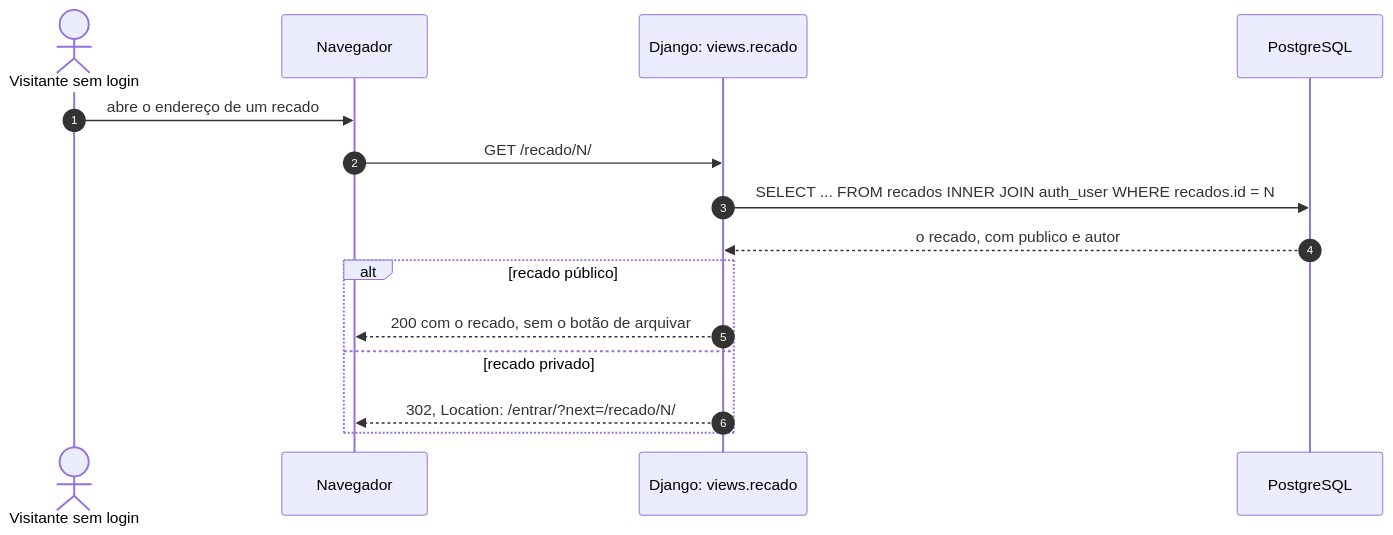
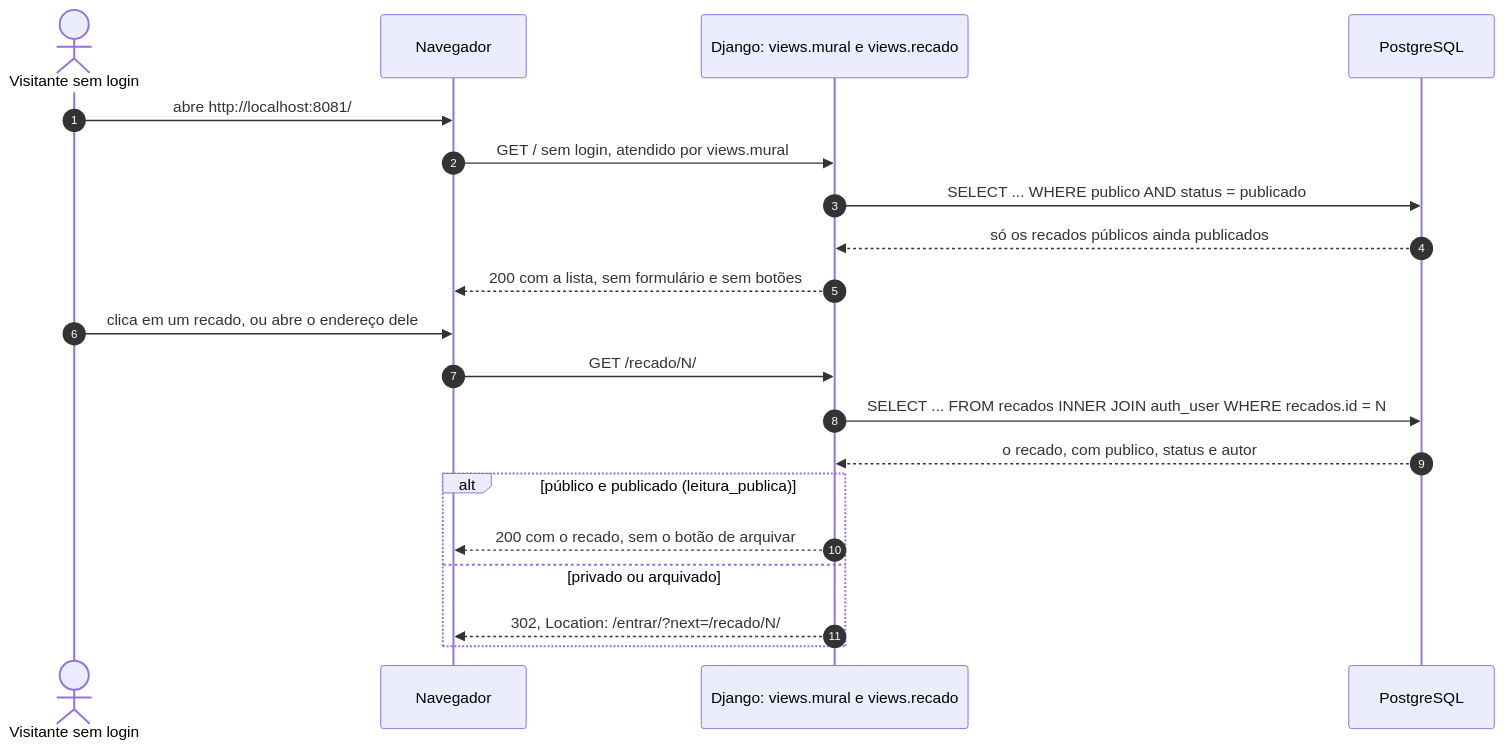
Before and after one commit to jacksongomesbr/uft-cc-dwm-mini-mural-django: the tenth of 11 diagrams in docs/funcionamento.md, drawn with Mermaid. The commit also changed other lines of this file and 7 other files, not shown here.

First line of the commit message:
docs: etapa 4, autoria e recados públicos

````diff
--- a/docs/funcionamento.md
+++ b/docs/funcionamento.md
@@ -340,18 +350,23 @@
 ```mermaid
 sequenceDiagram
     autonumber
     actor V as Visitante sem login
     participant N as Navegador
-    participant D as Django: views.recado
+    participant D as Django: views.mural e views.recado
     participant B as PostgreSQL
 
-    V->>N: abre o endereço de um recado
+    V->>N: abre http://localhost:8081/
+    N->>D: GET / sem login, atendido por views.mural
+    D->>B: SELECT ... WHERE publico AND status = publicado
+    B-->>D: só os recados públicos ainda publicados
+    D-->>N: 200 com a lista, sem formulário e sem botões
+    V->>N: clica em um recado, ou abre o endereço dele
     N->>D: GET /recado/N/
     D->>B: SELECT ... FROM recados INNER JOIN auth_user WHERE recados.id = N
-    B-->>D: o recado, com publico e autor
-    alt recado público
+    B-->>D: o recado, com publico, status e autor
+    alt público e publicado (leitura_publica)
         D-->>N: 200 com o recado, sem o botão de arquivar
-    else recado privado
+    else privado ou arquivado
         D-->>N: 302, Location: /entrar/?next=/recado/N/
     end
 ```
````
